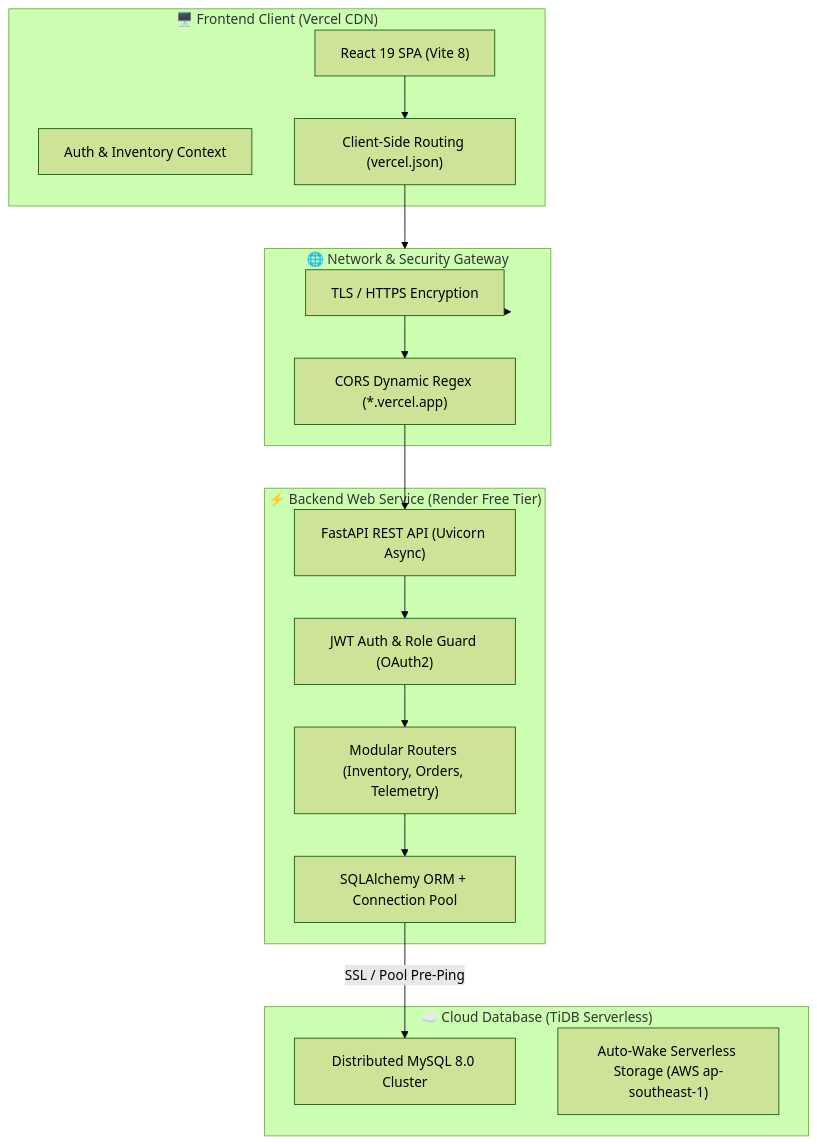
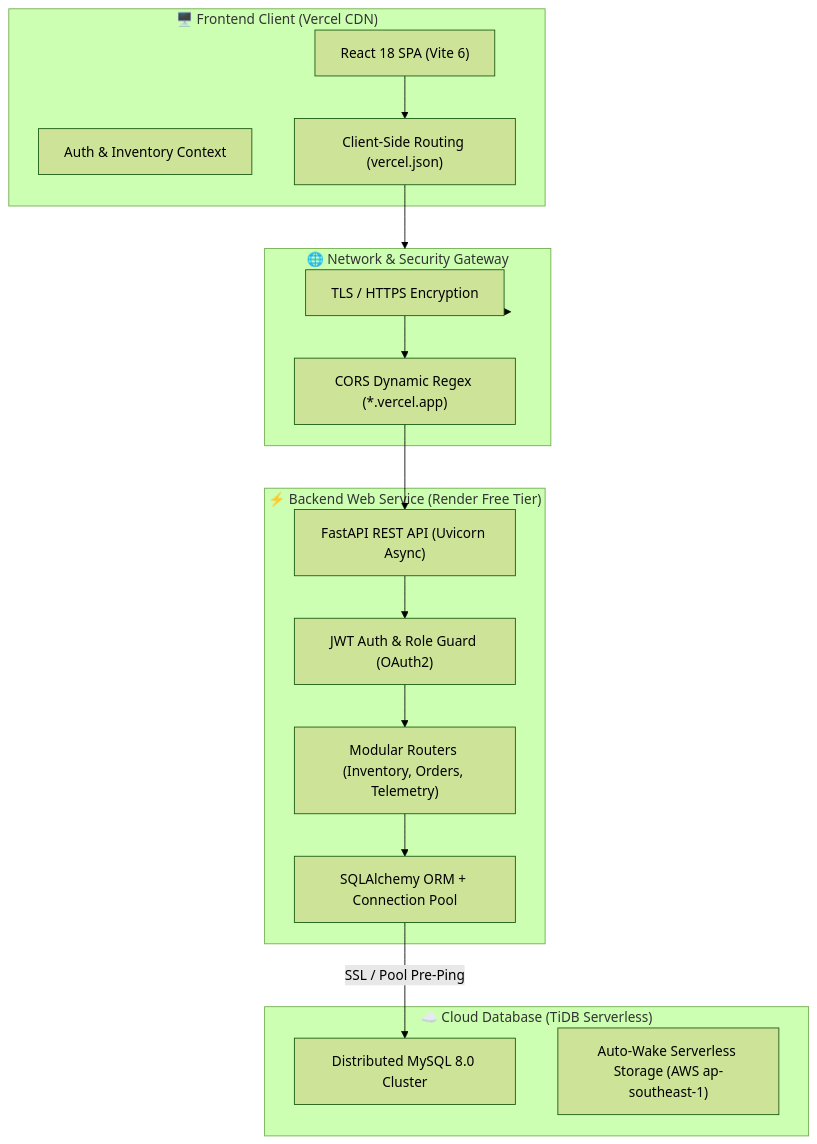
One commit to dh4wall/GiriPremi changed the first of 2 diagrams in README.md. Above: the diagram before and after it, drawn with Mermaid (forest theme). The commit also changed other lines of this file and 2 other files, not shown here.

Commit message:
Fix Vite peer dependency conflict for Vercel and sync README specs

````diff
--- a/README.md
+++ b/README.md
@@ -28,30 +29,30 @@
 ```mermaid
 flowchart TD
     subgraph ClientLayer["🖥️ Frontend Client (Vercel CDN)"]
-        UI["React 19 SPA (Vite 8)"]
+        UI["React 18 SPA (Vite 6)"]
         State["Auth & Inventory Context"]
         Routing["Client-Side Routing (vercel.json)"]
     end
 
     subgraph GatewayLayer["🌐 Network & Security Gateway"]
         HTTPS["TLS / HTTPS Encryption"]
         CORS["CORS Dynamic Regex (*.vercel.app)"]
     end
 
     subgraph ServiceLayer["⚡ Backend Web Service (Render Free Tier)"]
         FastAPI["FastAPI REST API (Uvicorn Async)"]
         JWT["JWT Auth & Role Guard (OAuth2)"]
         Routers["Modular Routers (Inventory, Orders, Telemetry)"]
         SQLA["SQLAlchemy ORM + Connection Pool"]
     end
 
     subgraph DataLayer["☁️ Cloud Database (TiDB Serverless)"]
         TiDB["Distributed MySQL 8.0 Cluster"]
         Pool["Auto-Wake Serverless Storage (AWS ap-southeast-1)"]
     end
 
     UI --> Routing --> GatewayLayer
     GatewayLayer --> HTTPS --> CORS --> FastAPI
     FastAPI --> JWT --> Routers --> SQLA
     SQLA -->|SSL / Pool Pre-Ping| TiDB
 ```
````
